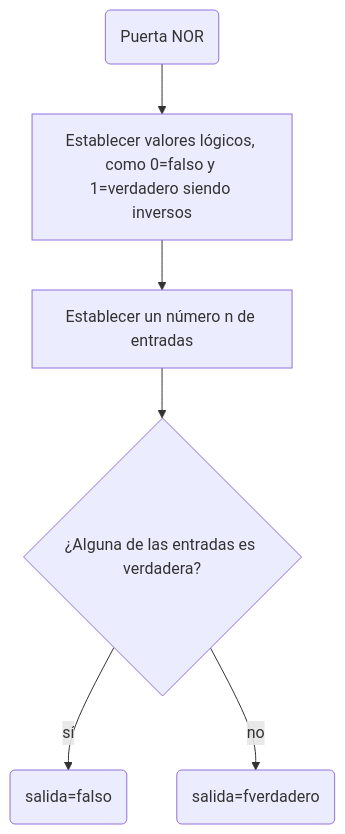
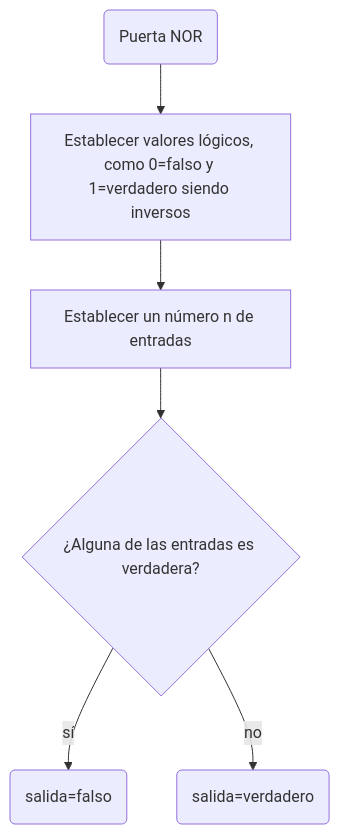
One commit to JavierGONL/proyecto_programacion_actualizado changed the seventh of 10 diagrams in README.md. Above: the diagram before and after it, drawn with Mermaid.

````diff
--- a/README.md
+++ b/README.md
@@ -278,8 +278,8 @@
 ```mermaid
 flowchart TD
 A(Puerta NOR)-->B[Establecer valores lógicos, como 0=falso y 1=verdadero siendo inversos]
 B-->F[Establecer un número n de entradas]
 F-->C{¿Alguna de las entradas es verdadera?}
 C-->|sí|D(salida=falso)
-C-->|no|E(salida=fverdadero)
+C-->|no|E(salida=verdadero)
 ```
````
